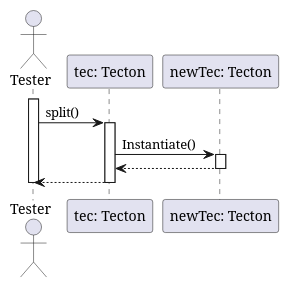
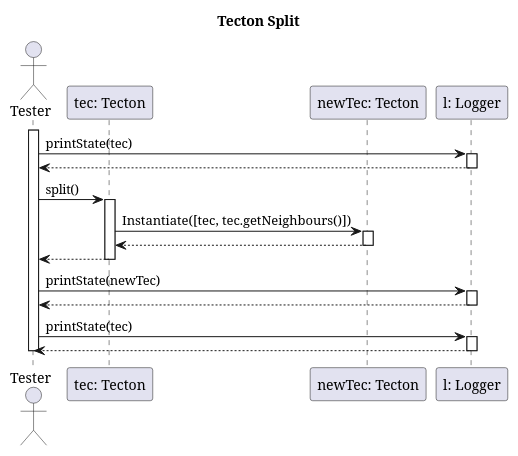
The diagram in diagrams/test-sequence/tectonSplit.puml (dzsem/projlab), drawn with PlantUML before and after one commit.

```diff
--- a/diagrams/test-sequence/tectonSplit.puml
+++ b/diagrams/test-sequence/tectonSplit.puml
@@ -1,23 +1,42 @@
 @startuml tectonSplitTest
+
+title Tecton Split
 
 actor "Tester" as tst
 participant "tec: Tecton" as tec
 participant "newTec: Tecton" as ntec
+participant "l: Logger" as l
 
 activate tst
+
+tst -> l: printState(tec)
+activate l
+tst <-- l
+deactivate l
 
 tst -> tec: split()
 activate tec
 
-tec -> ntec: Instantiate()
+' ez nemtom így mennyire jó, de nincs jobb ötletem és leszarom XD
+tec -> ntec: Instantiate([tec, tec.getNeighbours()])
 activate ntec
 
 tec <-- ntec:
 deactivate ntec
 
 tst <-- tec:
 deactivate tec
 
+tst -> l: printState(newTec)
+activate l
+tst <-- l
+deactivate l
+
+tst -> l: printState(tec)
+activate l
+tst <-- l
+deactivate l
+
 deactivate tst
 
 @enduml
```
